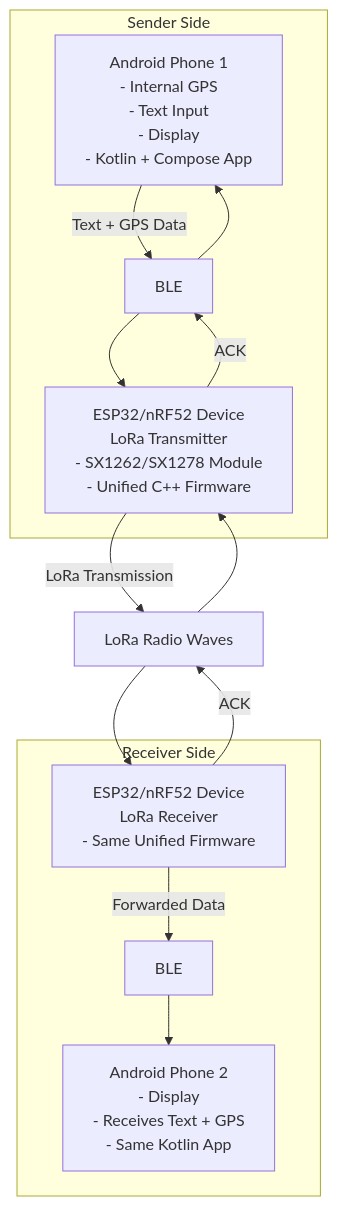
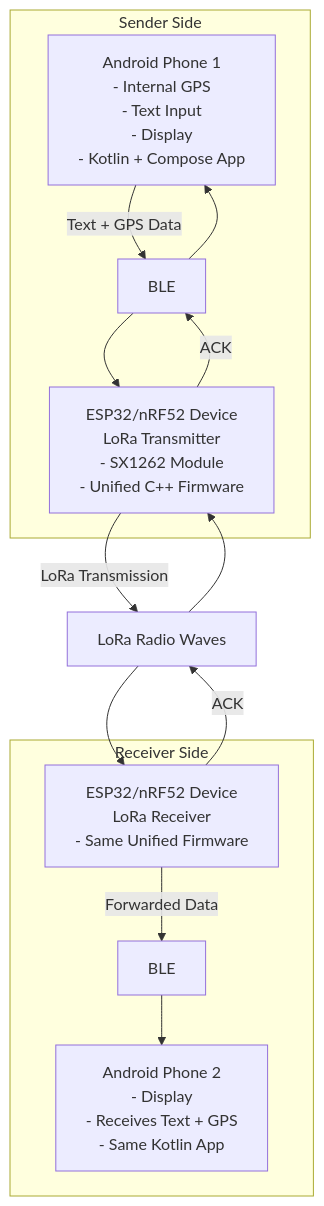
The first of 3 diagrams in README.md (psytraxx/android-lora-ble-bridge), drawn with Mermaid before and after one commit. The commit also changed other lines of this file and 24 other files, not shown here.

````diff
--- a/README.md
+++ b/README.md
@@ -36,26 +36,26 @@
 ```mermaid
 graph TD
     A[Android Phone 1<br/>- Internal GPS<br/>- Text Input<br/>- Display<br/>- Kotlin + Compose App] -->|Text + GPS Data| B[BLE]
-    B --> C[ESP32/nRF52 Device<br/>LoRa Transmitter<br/>- SX1262/SX1278 Module<br/>- Unified C++ Firmware]
+    B --> C[ESP32/nRF52 Device<br/>LoRa Transmitter<br/>- SX1262 Module<br/>- Unified C++ Firmware]
     C -->|LoRa Transmission| D[LoRa Radio Waves]
     D --> E[ESP32/nRF52 Device<br/>LoRa Receiver<br/>- Same Unified Firmware]
     E -->|Forwarded Data| F[BLE]
     F --> G[Android Phone 2<br/>- Display<br/>- Receives Text + GPS<br/>- Same Kotlin App]
 
     E -->|ACK| D
     D --> C
     C -->|ACK| B
     B --> A
 
     subgraph "Sender Side"
         A
         B
         C
     end
 
     subgraph "Receiver Side"
         E
         F
         G
     end
 ```
````
